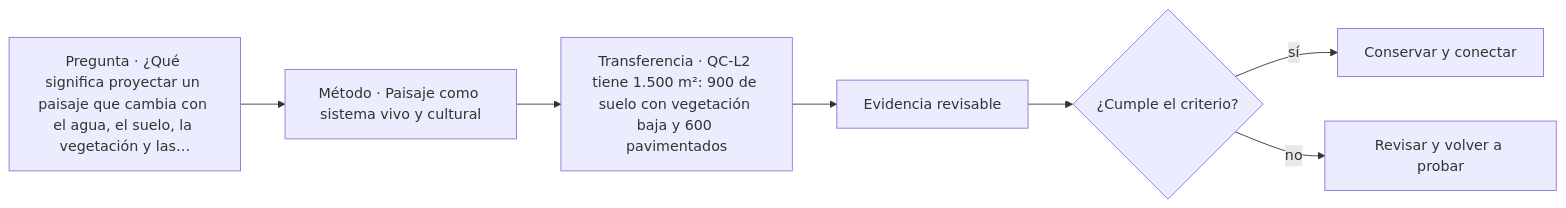
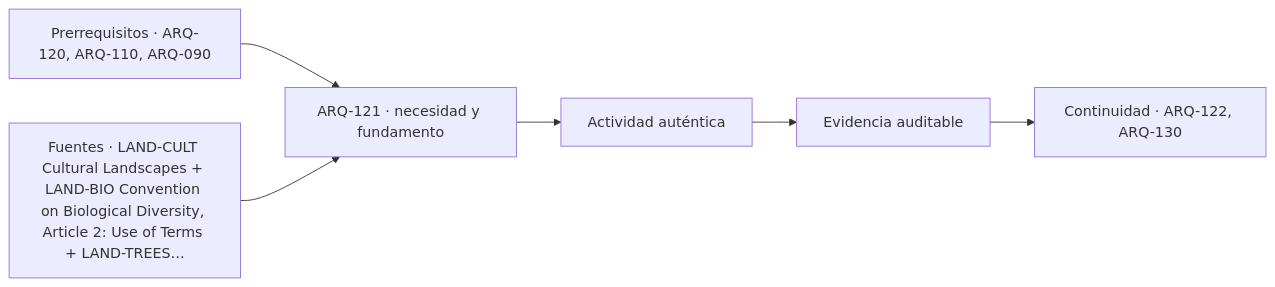
The diagram in classes/parte-13/ARQ-121.md (vladimiracunadev-create/architecture-built-environment-learning-program), drawn with Mermaid before and after one commit. The commit also changed other lines of this file and 761 other files, not shown here.

````diff
--- a/classes/parte-13/ARQ-121.md
+++ b/classes/parte-13/ARQ-121.md
@@ -112,9 +124,8 @@
 ```mermaid
 flowchart LR
-    Q["Pregunta · ¿Qué significa proyectar un paisaje que cambia con el agua, el suelo, la vegetación y las…"] --> M["Método · Paisaje como sistema vivo y cultural"]
-    M --> P["Transferencia · QC-L2 tiene 1.500 m²: 900 de suelo con vegetación baja y 600 pavimentados"]
-    P --> E["Evidencia revisable"]
-    E --> C{"¿Cumple el criterio?"}
-    C -->|sí| T["Conservar y conectar"]
-    C -->|no| R["Revisar y volver a probar"]
+    A["Prerrequisitos · ARQ-120, ARQ-110, ARQ-090"] --> B["ARQ-121 · necesidad y fundamento"]
+    S["Fuentes · LAND-CULT Cultural Landscapes + LAND-BIO Convention on Biological Diversity, Article 2: Use of Terms + LAND-TREES…"] --> B
+    B --> C["Actividad auténtica"]
+    C --> D["Evidencia auditable"]
+    D --> E["Continuidad · ARQ-122, ARQ-130"]
 ```
````
